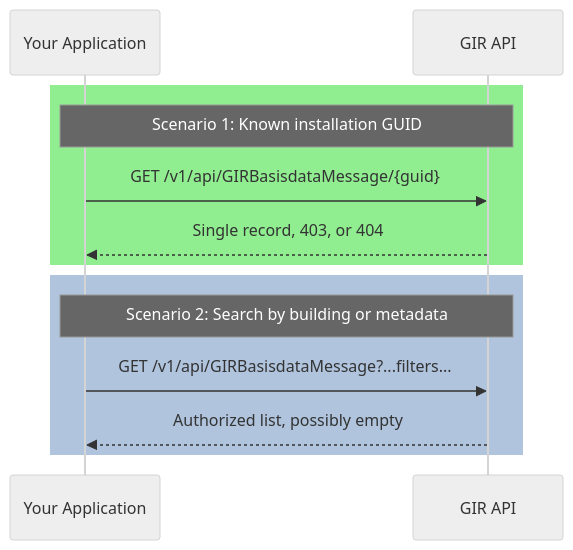
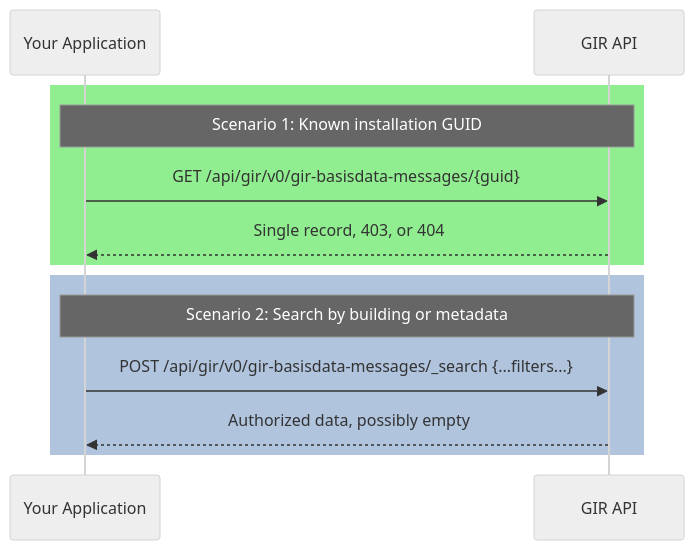
The fifth of 6 diagrams in gir/data-consumer-flow.md (POORT8/Poort8.Docs), drawn with Mermaid (neutral theme) before and after one commit. The commit also changed 10 other files, not shown here.

````diff
--- a/gir/data-consumer-flow.md
+++ b/gir/data-consumer-flow.md
@@ -158,17 +158,17 @@
 ```mermaid
 sequenceDiagram
     participant App as Your Application
     participant GIR as GIR API
 
     rect rgb(144, 238, 144)
     note over App,GIR: Scenario 1: Known installation GUID
-    App->>GIR: GET /v1/api/GIRBasisdataMessage/{guid}
+    App->>GIR: GET /api/gir/v0/gir-basisdata-messages/{guid}
     GIR-->>App: Single record, 403, or 404
     end
     
     rect rgb(176, 196, 222)
     note over App,GIR: Scenario 2: Search by building or metadata
-    App->>GIR: GET /v1/api/GIRBasisdataMessage?...filters...
-    GIR-->>App: Authorized list, possibly empty
+    App->>GIR: POST /api/gir/v0/gir-basisdata-messages/_search {...filters...}
+    GIR-->>App: Authorized data, possibly empty
     end
 ```
````
